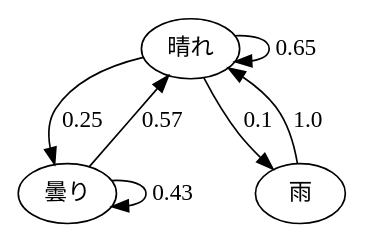
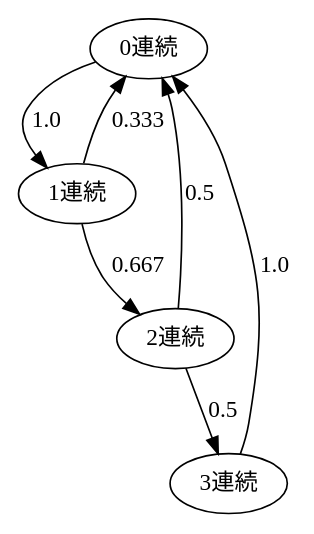
One commit to ken-hori-2/Decision2 changed the diagram in Digraph.gv. Above: the diagram before and after it, drawn with Graphviz. The commit also changed 5 other files, not shown here.

```diff
--- a/Digraph.gv
+++ b/Digraph.gv
@@ -1,11 +1,12 @@
 digraph {
-	0 [label="晴れ"]
-	1 [label="曇り"]
-	2 [label="雨"]
-	0 -> 0 [label=0.65]
-	0 -> 1 [label=0.25]
-	0 -> 2 [label=0.1]
-	1 -> 0 [label=0.57]
-	1 -> 1 [label=0.43]
-	2 -> 0 [label=1.0]
+	0 [label="0連続"]
+	1 [label="1連続"]
+	2 [label="2連続"]
+	3 [label="3連続"]
+	0 -> 1 [label=1.0]
+	1 -> 0 [label=0.333]
+	1 -> 2 [label=0.667]
+	2 -> 0 [label=0.5]
+	2 -> 3 [label=0.5]
+	3 -> 0 [label=1.0]
 }
```
